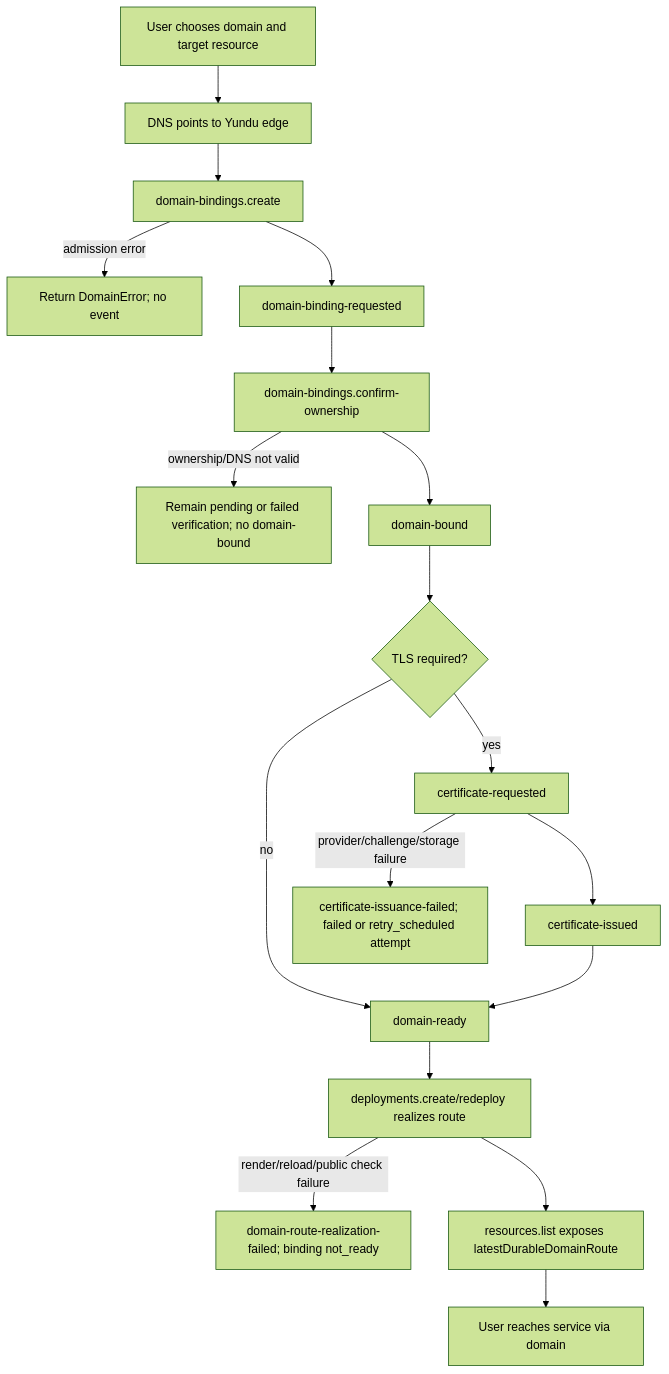
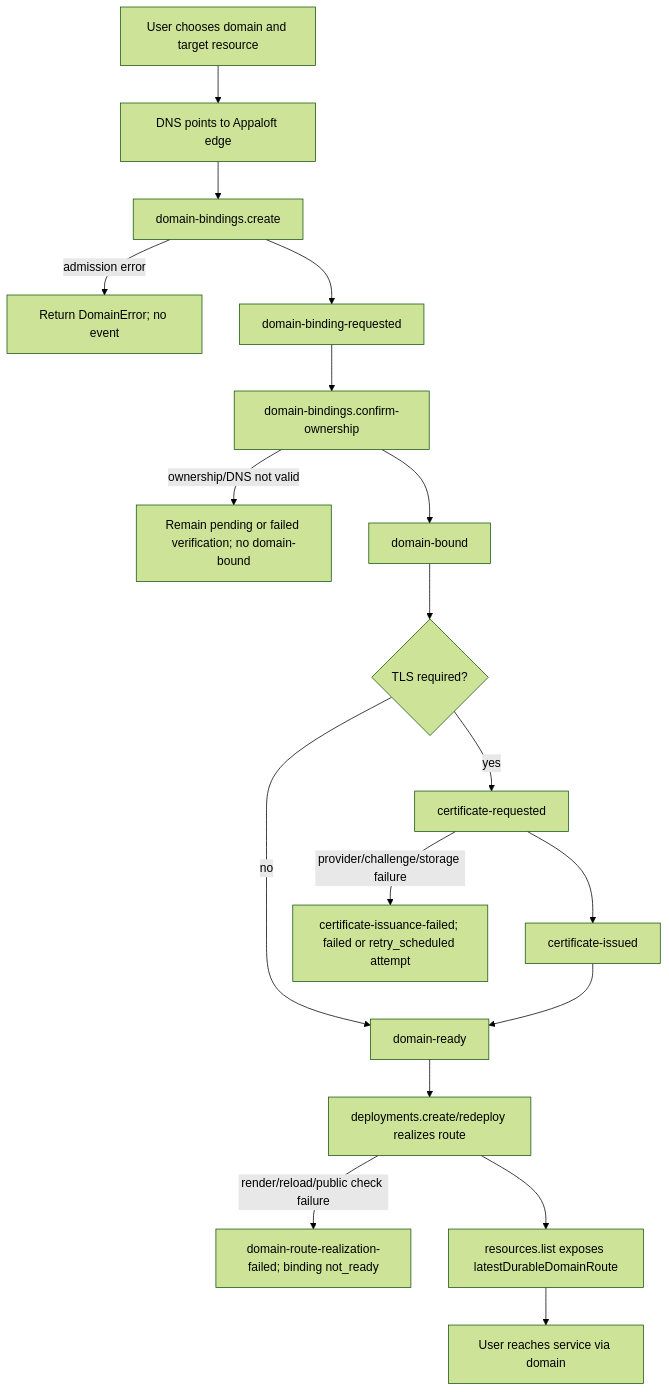
The second of 2 diagrams in docs/workflows/routing-domain-and-tls.md (appaloft/appaloft), drawn with Mermaid (forest theme) before and after one commit. The commit also changed other lines of this file and 470 other files, not shown here.

````diff
--- a/docs/workflows/routing-domain-and-tls.md
+++ b/docs/workflows/routing-domain-and-tls.md
@@ -90,20 +90,20 @@
 ```mermaid
 flowchart TD
-  A["User chooses domain and target resource"] --> B["DNS points to Yundu edge"]
+  A["User chooses domain and target resource"] --> B["DNS points to Appaloft edge"]
   B --> C["domain-bindings.create"]
   C -->|admission error| C1["Return DomainError; no event"]
   C --> D["domain-binding-requested"]
   D --> E["domain-bindings.confirm-ownership"]
   E -->|ownership/DNS not valid| E1["Remain pending or failed verification; no domain-bound"]
   E --> F["domain-bound"]
   F --> G{"TLS required?"}
   G -->|no| H["domain-ready"]
   G -->|yes| I["certificate-requested"]
   I -->|provider/challenge/storage failure| I1["certificate-issuance-failed; failed or retry_scheduled attempt"]
   I --> J["certificate-issued"]
   J --> H
   H --> K["deployments.create/redeploy realizes route"]
   K -->|render/reload/public check failure| K1["domain-route-realization-failed; binding not_ready"]
   K --> L["resources.list exposes latestDurableDomainRoute"]
   L --> M["User reaches service via domain"]
 ```
````
